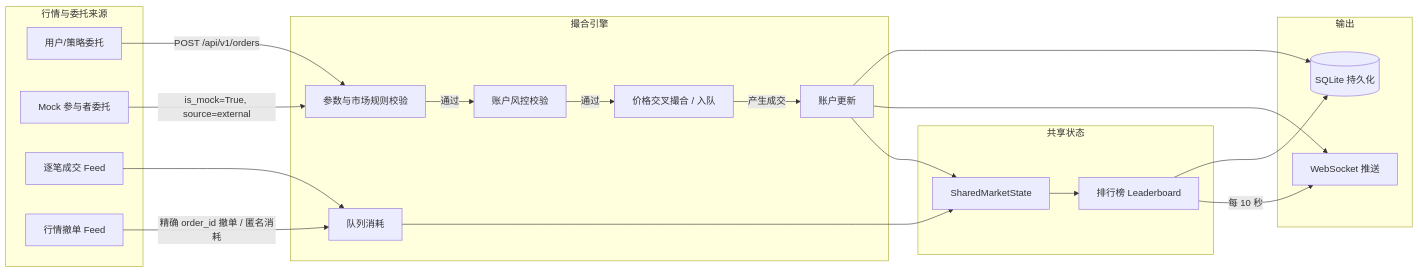
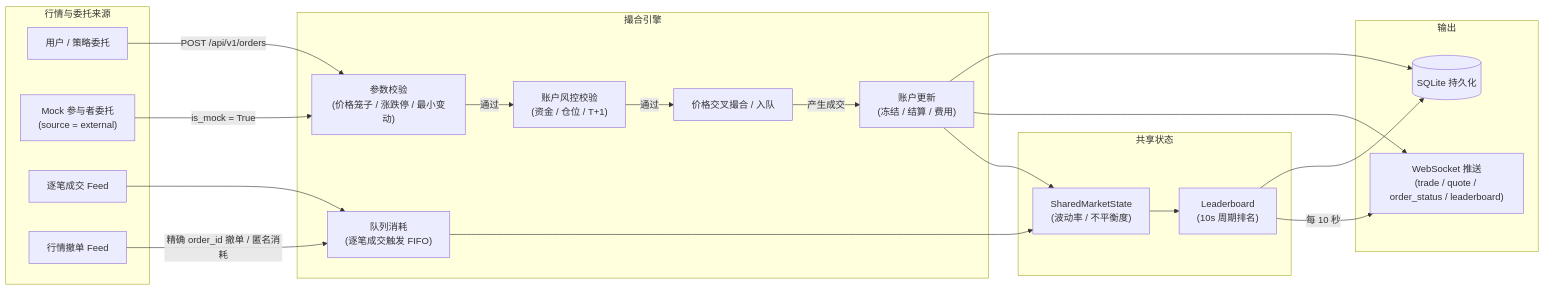
Before and after one commit to macxp1211/simulate_transaction: the second of 3 diagrams in README.md, drawn with Mermaid. The commit also changed other lines of this file and 4 other files, not shown here.

First line of the commit message:
fix: mock orders filtering and stuck order book

````diff
--- a/README.md
+++ b/README.md
@@ -72,42 +89,42 @@
 ```mermaid
 flowchart LR
     subgraph Sources["行情与委托来源"]
-        User["用户/策略委托"]
-        Mock["Mock 参与者委托"]
-        Trade["逐笔成交 Feed"]
-        Cancel["行情撤单 Feed"]
+        User["用户 / 策略委托"]
+        Mock["Mock 参与者委托\n(source = external)"]
+        TradeFeed["逐笔成交 Feed"]
+        CancelFeed["行情撤单 Feed"]
     end
 
     subgraph Engine["撮合引擎"]
-        Validate["参数与市场规则校验"]
-        AccountCheck["账户风控校验"]
+        Validate["参数校验\n(价格笼子 / 涨跌停 / 最小变动)"]
+        AccountCheck["账户风控校验\n(资金 / 仓位 / T+1)"]
         Match["价格交叉撮合 / 入队"]
-        QueueConsume["队列消耗"]
-        AccountUpdate["账户更新"]
+        QueueConsume["队列消耗\n(逐笔成交触发 FIFO)"]
+        AccountUpdate["账户更新\n(冻结 / 结算 / 费用)"]
     end
 
     subgraph State["共享状态"]
-        Shared["SharedMarketState"]
-        Leaderboard["排行榜 Leaderboard"]
+        Shared["SharedMarketState\n(波动率 / 不平衡度)"]
+        Leaderboard["Leaderboard\n(10s 周期排名)"]
     end
 
     subgraph Output["输出"]
-        WSOut["WebSocket 推送"]
+        WSOut["WebSocket 推送\n(trade / quote / order_status / leaderboard)"]
         DB[(SQLite 持久化)]
     end
 
     User -->|POST /api/v1/orders| Validate
-    Mock -->|is_mock=True, source=external| Validate
+    Mock -->|is_mock = True| Validate
     Validate -->|通过| AccountCheck
     AccountCheck -->|通过| Match
     Match -->|产生成交| AccountUpdate
-    Trade --> QueueConsume
-    Cancel -->|精确 order_id 撤单 / 匿名消耗| QueueConsume
+    TradeFeed --> QueueConsume
+    CancelFeed -->|精确 order_id 撤单 / 匿名消耗| QueueConsume
     AccountUpdate --> Shared
     QueueConsume --> Shared
     Shared --> Leaderboard
     AccountUpdate --> WSOut
     AccountUpdate --> DB
     Leaderboard -->|每 10 秒| WSOut
     Leaderboard --> DB
 ```
````
